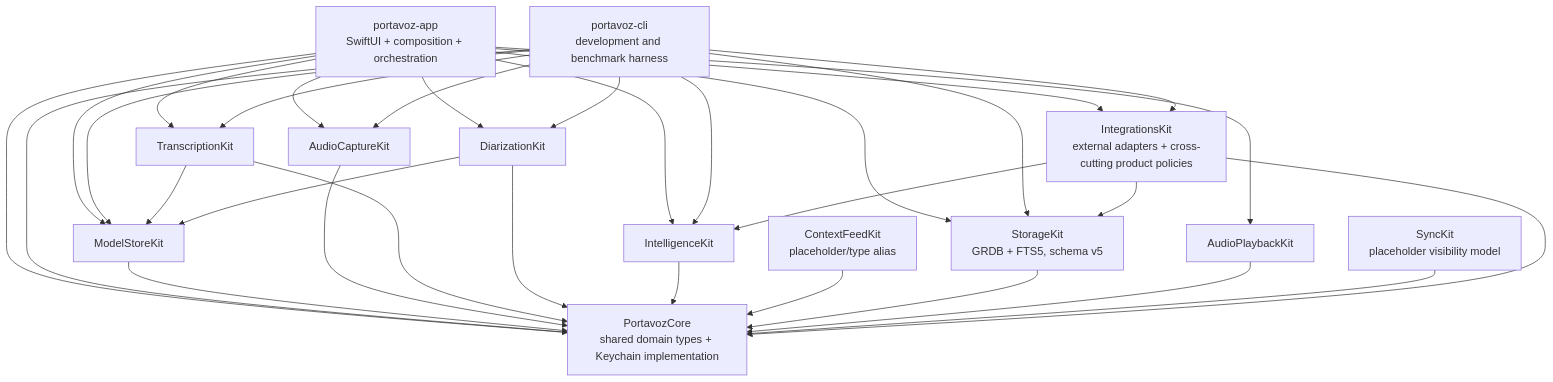
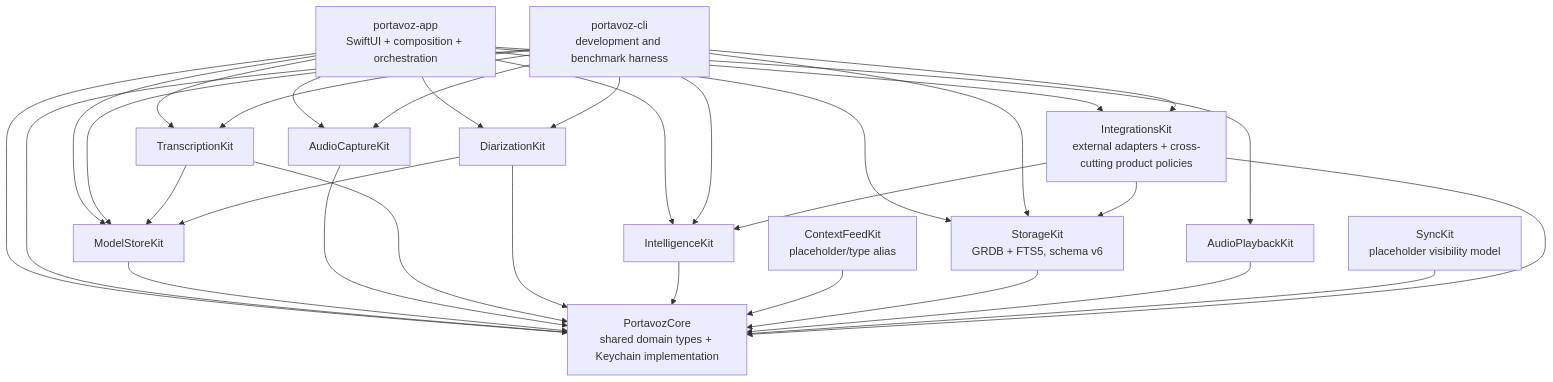
Before and after one commit to johnny4young/portavoz: the first of 3 diagrams in docs/refactor-20260714.md, drawn with Mermaid. The commit also changed other lines of this file and 14 other files, not shown here.

Commit message:
refactor(storage): add schema v6 durability foundation

````diff
--- a/docs/refactor-20260714.md
+++ b/docs/refactor-20260714.md
@@ -76,48 +76,48 @@
 ```mermaid
 flowchart TB
     APP["portavoz-app\nSwiftUI + composition + orchestration"]
     CLI["portavoz-cli\ndevelopment and benchmark harness"]
     CORE["PortavozCore\nshared domain types + Keychain implementation"]
     MODEL["ModelStoreKit"]
     CAPTURE["AudioCaptureKit"]
     STT["TranscriptionKit"]
     DIAR["DiarizationKit"]
     INTEL["IntelligenceKit"]
     CONTEXT["ContextFeedKit\nplaceholder/type alias"]
-    STORE["StorageKit\nGRDB + FTS5, schema v5"]
+    STORE["StorageKit\nGRDB + FTS5, schema v6"]
     PLAYBACK["AudioPlaybackKit"]
     SYNC["SyncKit\nplaceholder visibility model"]
     INTEGRATIONS["IntegrationsKit\nexternal adapters + cross-cutting product policies"]
 
     APP --> CORE
     APP --> MODEL
     APP --> CAPTURE
     APP --> STT
     APP --> DIAR
     APP --> INTEL
     APP --> STORE
     APP --> PLAYBACK
     APP --> INTEGRATIONS
     CLI --> CORE
     CLI --> MODEL
     CLI --> CAPTURE
     CLI --> STT
     CLI --> DIAR
     CLI --> INTEL
     CLI --> STORE
     CLI --> INTEGRATIONS
     MODEL --> CORE
     CAPTURE --> CORE
     STT --> CORE
     STT --> MODEL
     DIAR --> CORE
     DIAR --> MODEL
     INTEL --> CORE
     CONTEXT --> CORE
     STORE --> CORE
     PLAYBACK --> CORE
     SYNC --> CORE
     INTEGRATIONS --> CORE
     INTEGRATIONS --> INTEL
     INTEGRATIONS --> STORE
 ```
````
